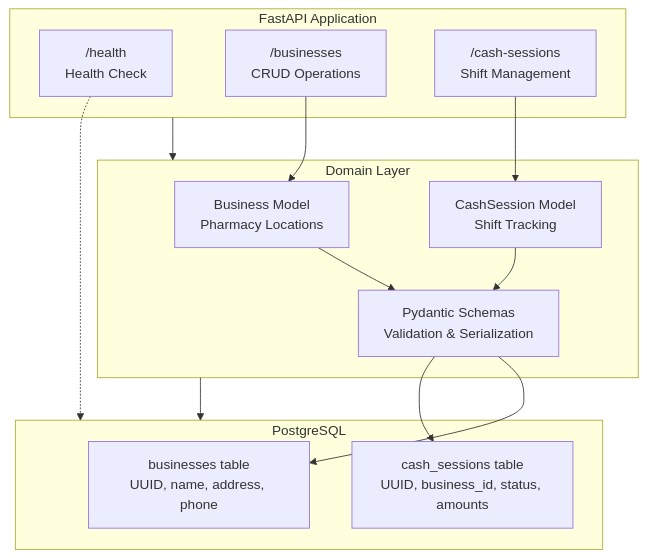
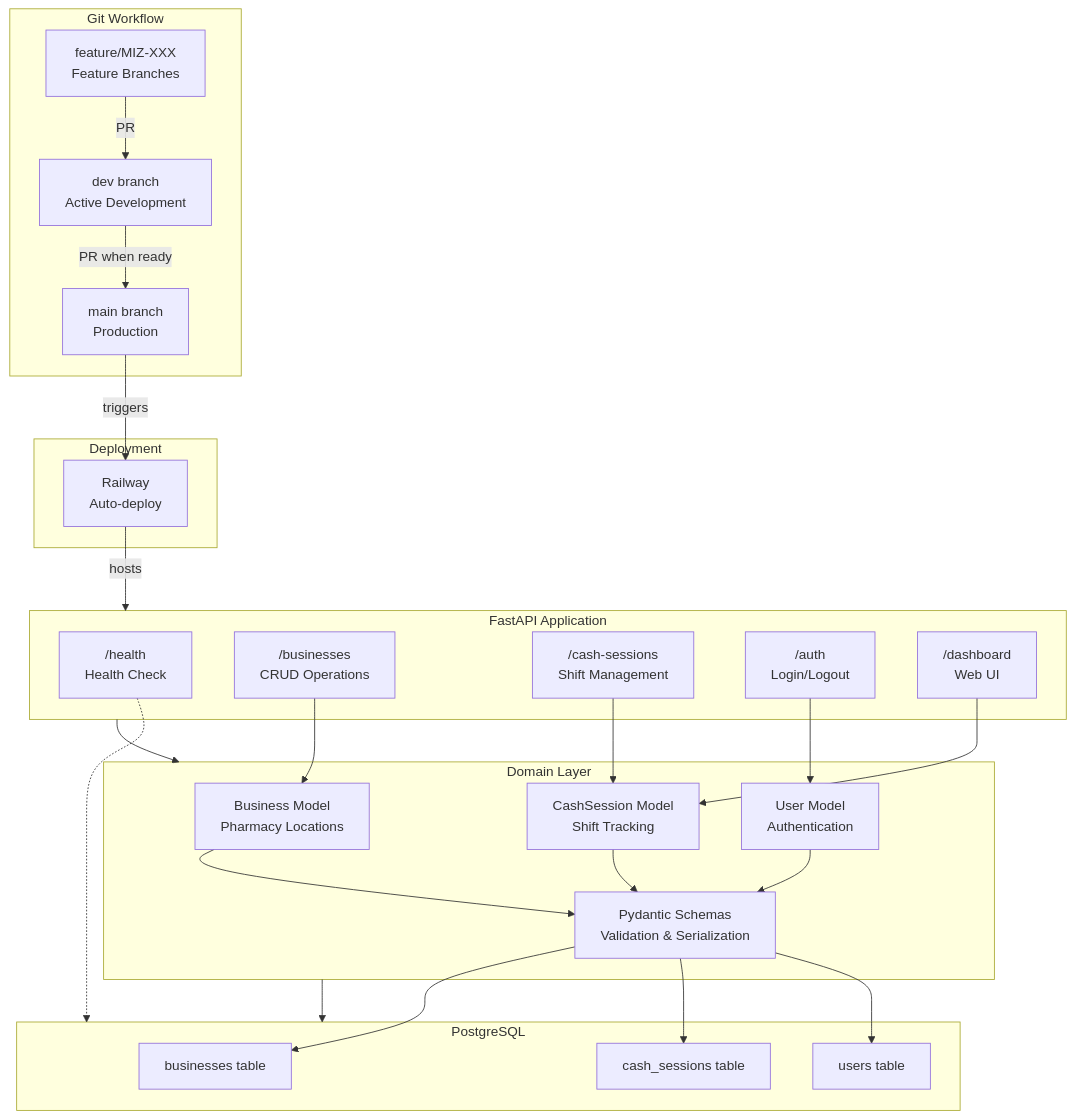
The diagram in README.md (luifer-villalba/cash-pilot), drawn with Mermaid before and after one commit. The commit also changed other lines of this file and 2 other files, not shown here.

````diff
--- a/README.md
+++ b/README.md
@@ -21,29 +16,51 @@
 ```mermaid
 graph TB
+    subgraph Git["Git Workflow"]
+        Main[main branch<br/>Production]
+        Dev[dev branch<br/>Active Development]
+        Feature[feature/MIZ-XXX<br/>Feature Branches]
+        Feature -->|PR| Dev
+        Dev -->|PR when ready| Main
+    end
+
+    subgraph Deploy["Deployment"]
+        Railway[Railway<br/>Auto-deploy]
+        Main -->|triggers| Railway
+    end
+
     subgraph API["FastAPI Application"]
         Health["/health<br/>Health Check"]
         Business["/businesses<br/>CRUD Operations"]
         CashSession["/cash-sessions<br/>Shift Management"]
+        Auth["/auth<br/>Login/Logout"]
+        Dashboard["/dashboard<br/>Web UI"]
     end
 
     subgraph Models["Domain Layer"]
         BusinessModel["Business Model<br/>Pharmacy Locations"]
         SessionModel["CashSession Model<br/>Shift Tracking"]
+        UserModel["User Model<br/>Authentication"]
         Schemas["Pydantic Schemas<br/>Validation & Serialization"]
     end
 
     subgraph Database["PostgreSQL"]
-        BusinessTable["businesses table<br/>UUID, name, address, phone"]
-        SessionTable["cash_sessions table<br/>UUID, business_id, status, amounts"]
+        BusinessTable["businesses table"]
+        SessionTable["cash_sessions table"]
+        UserTable["users table"]
     end
 
+    Railway -->|hosts| API
     API --> Models
     Models --> Database
     Business --> BusinessModel
     CashSession --> SessionModel
+    Auth --> UserModel
+    Dashboard --> SessionModel
     Health -.-> Database
     BusinessModel --> Schemas
     SessionModel --> Schemas
+    UserModel --> Schemas
     Schemas --> BusinessTable
     Schemas --> SessionTable
+    Schemas --> UserTable
 ```
````
